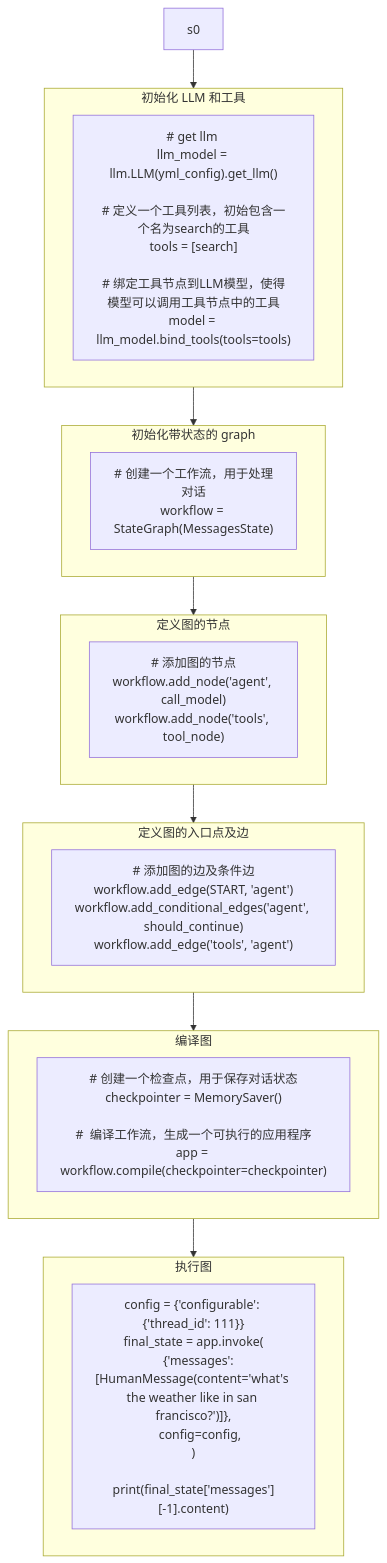
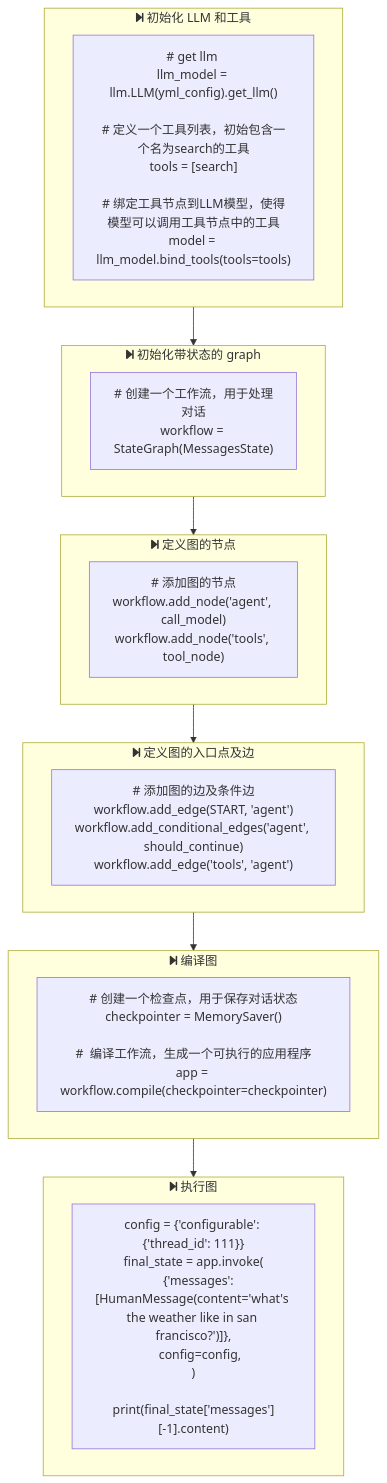
One commit to ka1fe1/tutorial-langchain changed the second of 2 diagrams in docs/99-lang-graph/240910-langgraph-overview.md. Above: the diagram before and after it, drawn with Mermaid. The commit also changed other lines of this file, not shown here.

Commit message:
modify langgraph-overview tutorial

````diff
--- a/docs/99-lang-graph/240910-langgraph-overview.md
+++ b/docs/99-lang-graph/240910-langgraph-overview.md
@@ -27,65 +27,65 @@
 ```mermaid
 flowchart TB
-    subgraph s1["初始化 LLM 和工具"]
+    subgraph s1["fa:fa-step-forward 初始化 LLM 和工具"]
         direction LR
         s101["
 # get llm 
 llm_model = llm.LLM(yml_config).get_llm()
 
 # 定义一个工具列表，初始包含一个名为search的工具
 tools = [search]
 
 # 绑定工具节点到LLM模型，使得模型可以调用工具节点中的工具
 model = llm_model.bind_tools(tools=tools)
         "]
     end
 
-    subgraph s2["初始化带状态的 graph"]
+    subgraph s2["fa:fa-step-forward 初始化带状态的 graph"]
         s201["
 # 创建一个工作流，用于处理对话
 workflow = StateGraph(MessagesState)
         "]
     end
 
-    subgraph s3["定义图的节点"]
+    subgraph s3["fa:fa-step-forward 定义图的节点"]
         s301["
 # 添加图的节点
 workflow.add_node('agent', call_model)
 workflow.add_node('tools', tool_node)        
         "]
     end
 
-    subgraph s4["定义图的入口点及边"]
+    subgraph s4["fa:fa-step-forward 定义图的入口点及边"]
         s401["
 # 添加图的边及条件边
 workflow.add_edge(START, 'agent')
 workflow.add_conditional_edges('agent', should_continue)
 workflow.add_edge('tools', 'agent')        
         "]
     end
 
-    subgraph s5["编译图"]
+    subgraph s5["fa:fa-step-forward 编译图"]
         s501["
 # 创建一个检查点，用于保存对话状态
 checkpointer = MemorySaver()
 
 #  编译工作流，生成一个可执行的应用程序
 app = workflow.compile(checkpointer=checkpointer)        
         "]
     end
 
-    subgraph s6["执行图"]
+    subgraph s6["fa:fa-step-forward 执行图"]
         s601["
 config = {'configurable': {'thread_id': 111}}
 final_state = app.invoke(
     {'messages': [HumanMessage(content='what's the weather like in san francisco?')]},
     config=config,
 )
 
 print(final_state['messages'][-1].content)        
         "]
     end
 
 
-    s0 --> s1 --> s2 --> s3 --> s4 --> s5 --> s6
+    s1 --> s2 --> s3 --> s4 --> s5 --> s6
 ```
````
